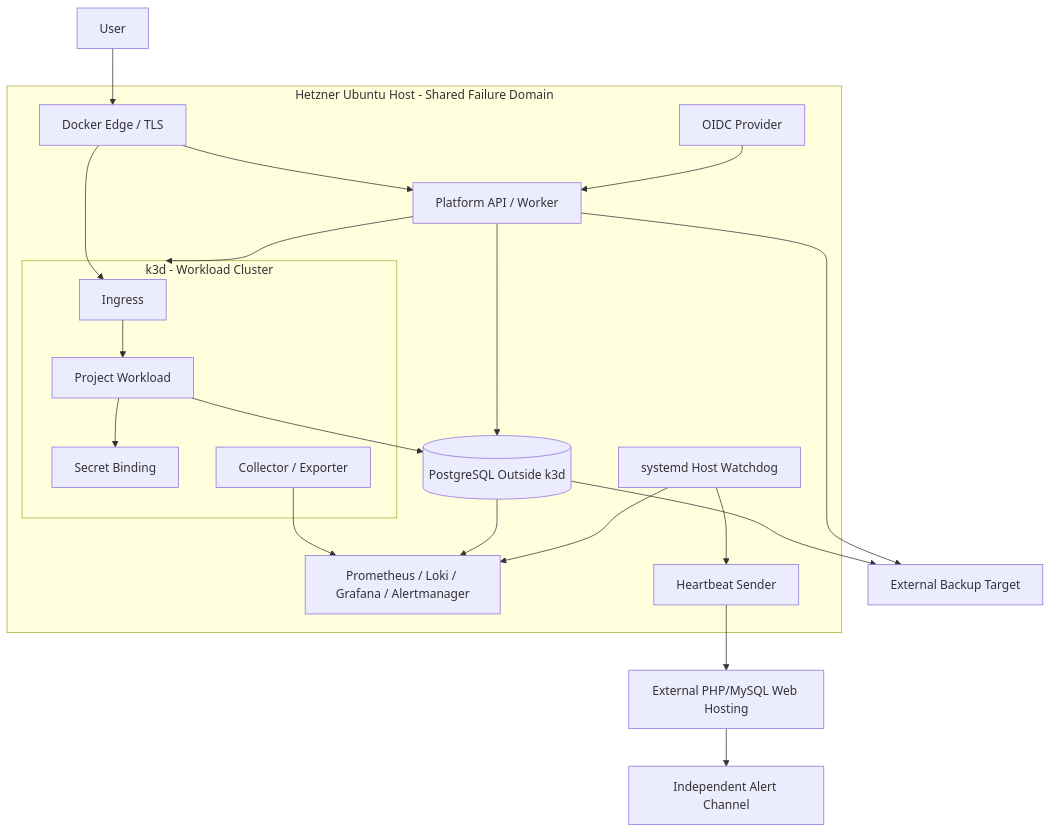
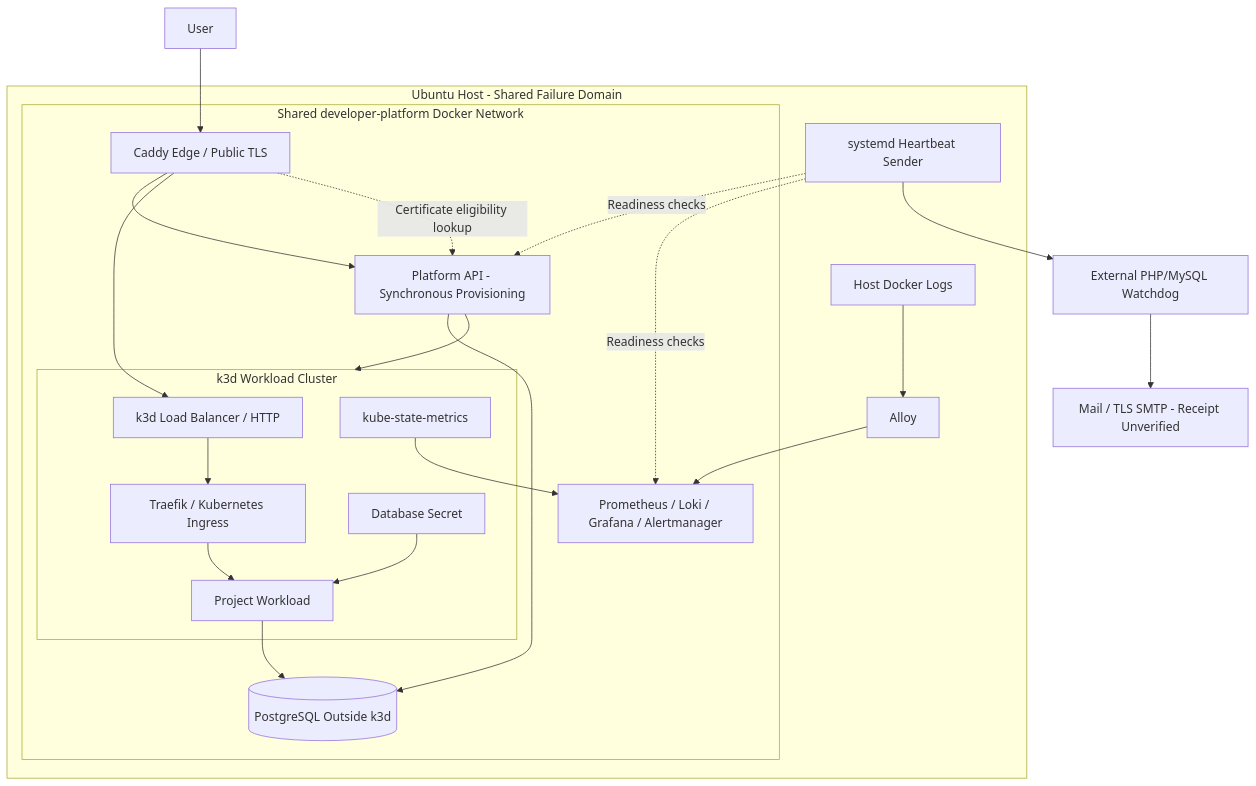
The diagram in docs/02-architecture/diagrams/topology.md (eseidinger/developer-platform), drawn with Mermaid before and after one commit. The commit also changed other lines of this file and 5 other files, not shown here.

Commit message:
Document Caddy edge and Traefik ingress decision

````diff
--- a/docs/02-architecture/diagrams/topology.md
+++ b/docs/02-architecture/diagrams/topology.md
@@ -5,25 +5,27 @@
 ```mermaid
 flowchart TB
     User["User"] --> Edge
-    subgraph Host["Hetzner Ubuntu Host - Shared Failure Domain"]
-        Edge["Docker Edge / TLS"] --> API["Platform API / Worker"]
-        IdP["OIDC Provider"] --> API
-        Edge --> Ingress
-        subgraph Cluster["k3d - Workload Cluster"]
-            Ingress["Ingress"] --> App["Project Workload"]
-            App --> Secret["Secret Binding"]
-            Collect["Collector / Exporter"]
+    subgraph Host["Ubuntu Host - Shared Failure Domain"]
+        subgraph Network["Shared developer-platform Docker Network"]
+            Edge["Caddy Edge / Public TLS"] --> API["Platform API - Synchronous Provisioning"]
+            Edge --> LB["k3d Load Balancer / HTTP"]
+            Edge -. "Certificate eligibility lookup" .-> API
+            subgraph Cluster["k3d Workload Cluster"]
+                LB --> Ingress["Traefik / Kubernetes Ingress"]
+                Ingress --> App["Project Workload"]
+                Secret["Database Secret"] --> App
+                Metrics["kube-state-metrics"]
+            end
+            API --> Cluster
+            API --> PG[("PostgreSQL Outside k3d")]
+            App --> PG
+            Metrics --> Monitor["Prometheus / Loki / Grafana / Alertmanager"]
         end
-        API --> Cluster
-        API --> PG[("PostgreSQL Outside k3d")]
-        App --> PG
-        Collect --> Monitor["Prometheus / Loki / Grafana / Alertmanager"]
-        PG --> Monitor
-        Watch["systemd Host Watchdog"] --> Monitor
-        Watch --> Heartbeat["Heartbeat Sender"]
+        DockerLogs["Host Docker Logs"] --> Alloy["Alloy"]
+        Alloy --> Monitor
+        Heartbeat["systemd Heartbeat Sender"] -. "Readiness checks" .-> API
+        Heartbeat -. "Readiness checks" .-> Monitor
     end
-    Heartbeat --> External["External PHP/MySQL Web Hosting"]
-    External --> Alert["Independent Alert Channel"]
-    PG --> Backup["External Backup Target"]
-    API --> Backup
+    Heartbeat --> External["External PHP/MySQL Watchdog"]
+    External --> Alert["Mail / TLS SMTP - Receipt Unverified"]
 ```
````
